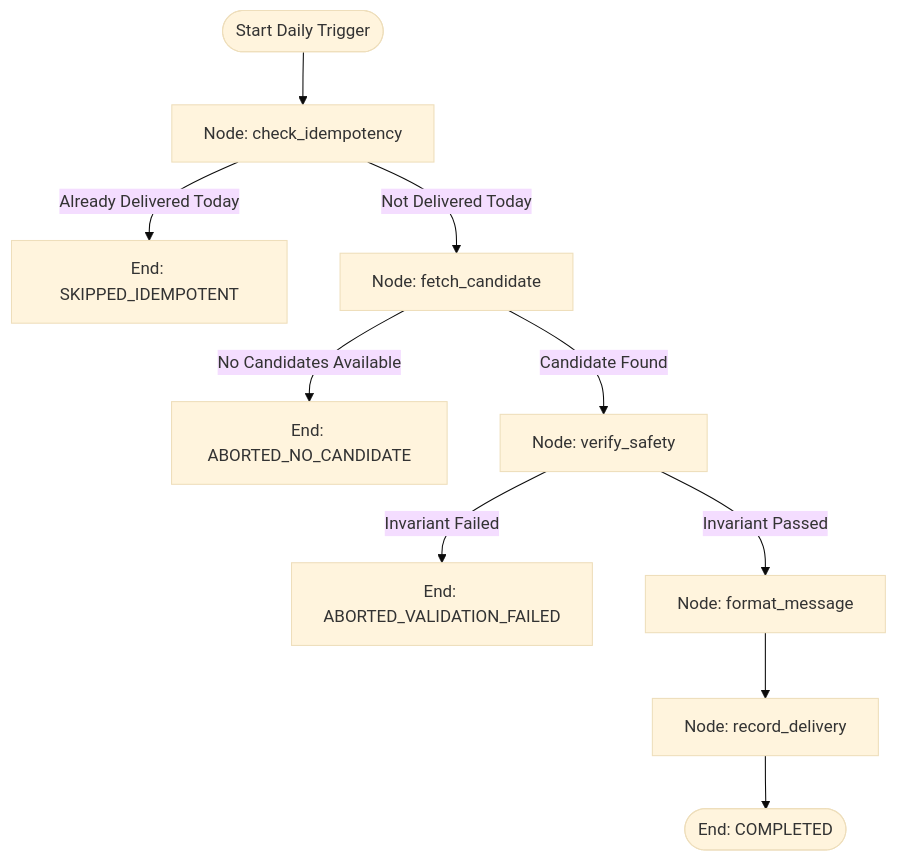
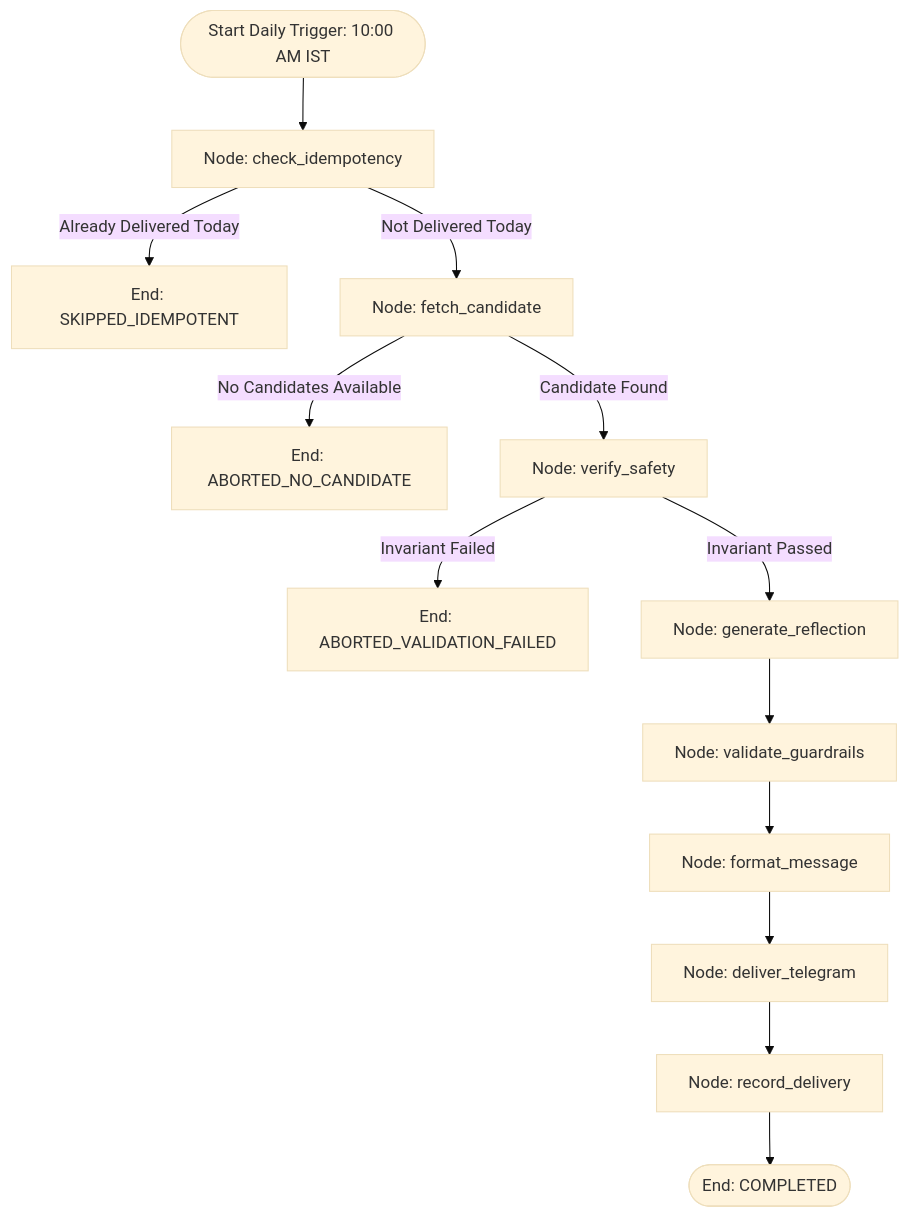
The diagram in src/workflow/README.md (Amankhan1009/daily-hadith-ai-agent), drawn with Mermaid (base theme) before and after one commit. The commit also changed other lines of this file and 12 other files, not shown here.

Commit message:
feat(scheduler): implement headless daily runner CLI, APScheduler (10 AM IST), and Cloud Scheduler trigger

````diff
--- a/src/workflow/README.md
+++ b/src/workflow/README.md
@@ -20,12 +22,15 @@
 ```mermaid
 flowchart TD
-    Start([Start Daily Trigger]) --> CheckIdempotency[Node: check_idempotency]
+    Start([Start Daily Trigger: 10:00 AM IST]) --> CheckIdempotency[Node: check_idempotency]
     CheckIdempotency -->|Already Delivered Today| SkipDelivery[End: SKIPPED_IDEMPOTENT]
     CheckIdempotency -->|Not Delivered Today| FetchCandidate[Node: fetch_candidate]
     FetchCandidate -->|No Candidates Available| AbortNoCandidate[End: ABORTED_NO_CANDIDATE]
     FetchCandidate -->|Candidate Found| VerifySafety[Node: verify_safety]
     VerifySafety -->|Invariant Failed| AbortSafety[End: ABORTED_VALIDATION_FAILED]
-    VerifySafety -->|Invariant Passed| FormatMessage[Node: format_message]
-    FormatMessage --> RecordDelivery[Node: record_delivery]
+    VerifySafety -->|Invariant Passed| GenReflection[Node: generate_reflection]
+    GenReflection --> ValidateGuardrails[Node: validate_guardrails]
+    ValidateGuardrails --> FormatMessage[Node: format_message]
+    FormatMessage --> DeliverTelegram[Node: deliver_telegram]
+    DeliverTelegram --> RecordDelivery[Node: record_delivery]
     RecordDelivery --> Completed([End: COMPLETED])
 ```
````
